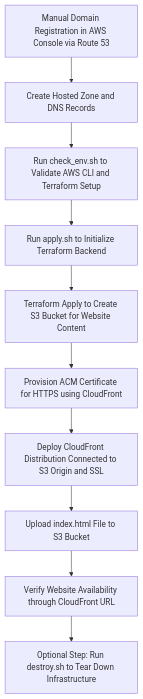
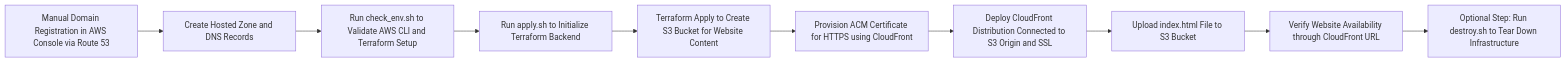
The diagram in README.md (mamonaco1973/aws-website), drawn with Mermaid before and after one commit. The commit also changed other lines of this file, not shown here.

Commit message:
work on README.md

````diff
--- a/README.md
+++ b/README.md
@@ -32,12 +30,12 @@
 ```mermaid
-flowchart TD
+flowchart LR
     A[Manual Domain Registration in AWS Console via Route 53] --> B[Create Hosted Zone and DNS Records]
     B --> C[Run check_env.sh to Validate AWS CLI and Terraform Setup]
     C --> D[Run apply.sh to Initialize Terraform Backend]
     D --> E[Terraform Apply to Create S3 Bucket for Website Content]
     E --> F[Provision ACM Certificate for HTTPS using CloudFront]
     F --> G[Deploy CloudFront Distribution Connected to S3 Origin and SSL]
     G --> H[Upload index.html File to S3 Bucket]
     H --> I[Verify Website Availability through CloudFront URL]
     I --> J[Optional Step: Run destroy.sh to Tear Down Infrastructure]
 ```
````
